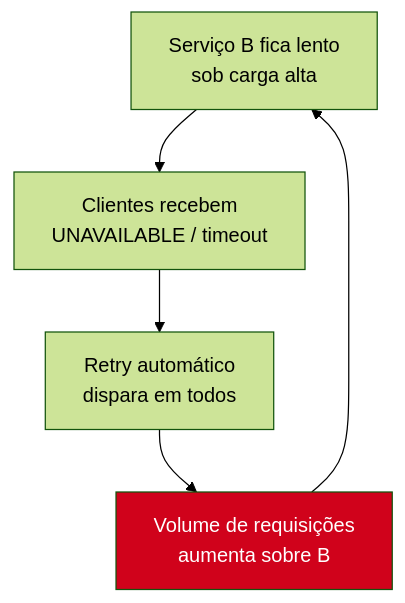
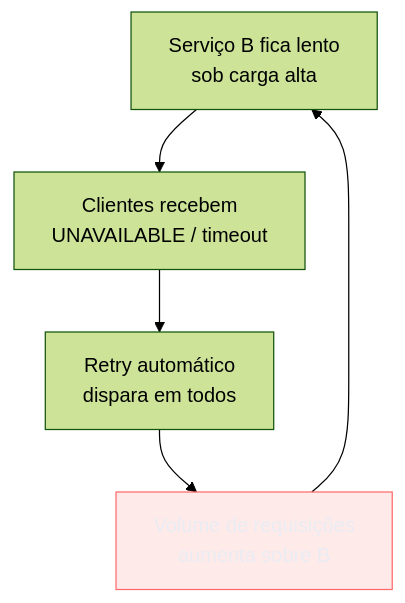
Before and after one commit to josenaldo/codex-technomanticus: the fourth of 5 diagrams in 03-Dominios/Tecnologia/Go/12 - gRPC e protobuf/07 - gRPC em produção.md, drawn with Mermaid (forest theme). The commit also changed other lines of this file and 1181 other files, not shown here.

First line of the commit message:
fix(diagramas): paleta do sistema no lugar de cor cravada no markdown

````diff
--- a/03-Dominios/Tecnologia/Go/12 - gRPC e protobuf/07 - gRPC em produção.md
+++ b/03-Dominios/Tecnologia/Go/12 - gRPC e protobuf/07 - gRPC em produção.md
@@ -306,9 +307,10 @@
 ```mermaid
 flowchart TB
+    classDef falha fill:#FF6B6B24,stroke:#FF6B6B,color:#E9ECF2
     A["Serviço B fica lento\nsob carga alta"] --> B["Clientes recebem\nUNAVAILABLE / timeout"]
     B --> C["Retry automático\ndispara em todos"]
     C --> D["Volume de requisições\naumenta sobre B"]
     D --> A
 
-    style D fill:#D0021B,color:#fff
+    class D falha
 ```
````
